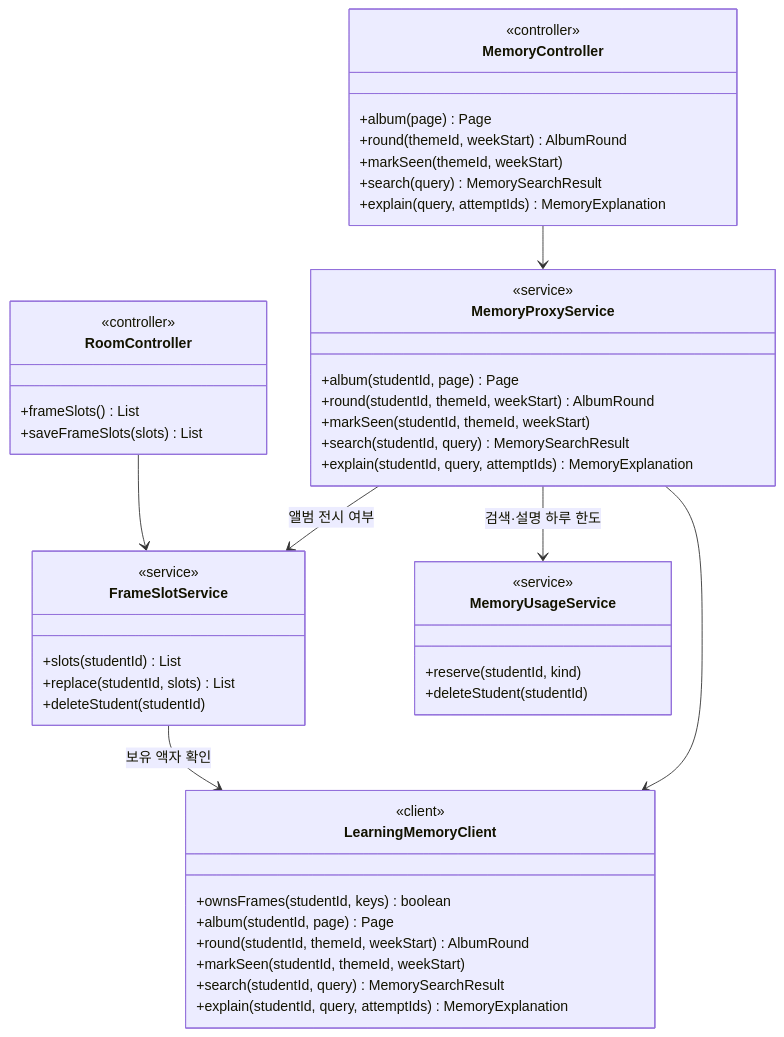
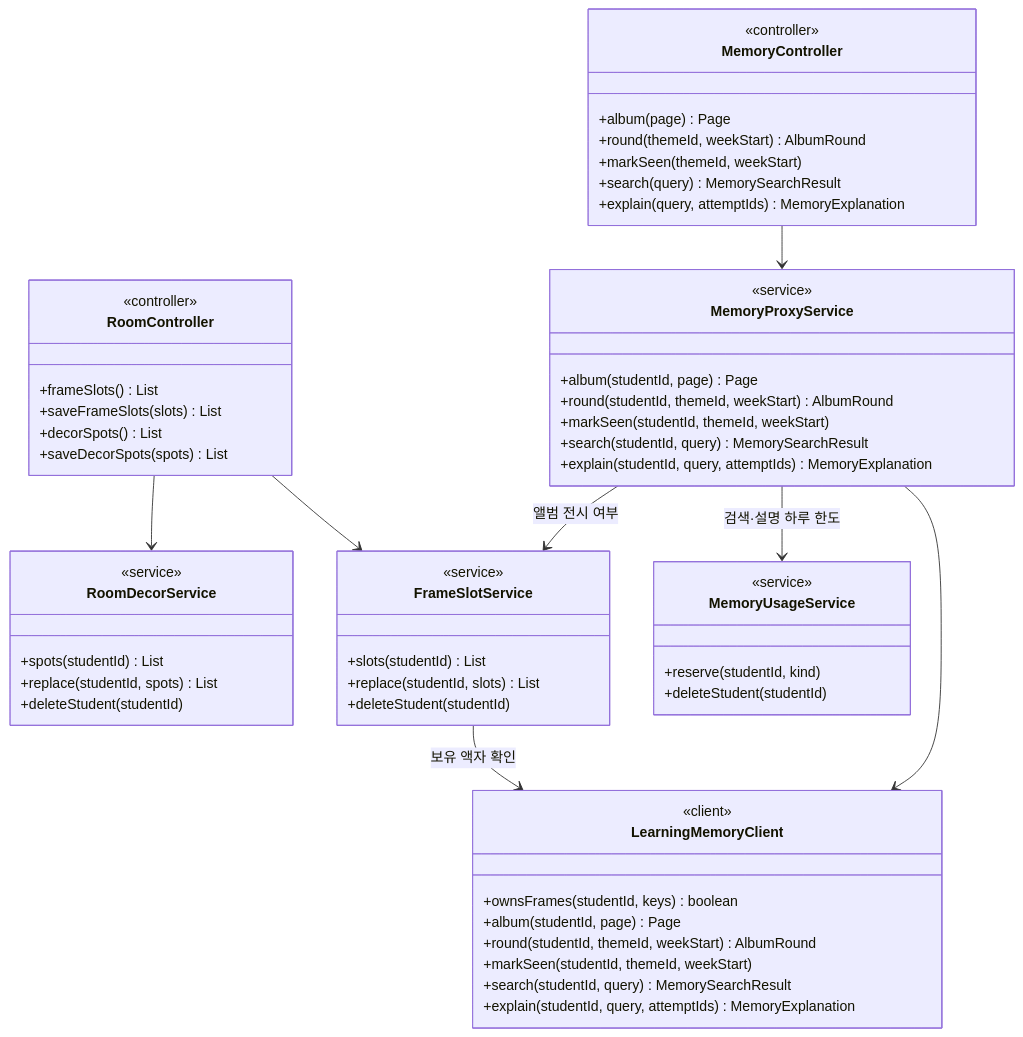
The ninth of 23 diagrams in docs/design/class-diagram.md (SKNETWORKS-FAMILY-AICAMP/SKN34-FINAL-3TEAM), drawn with Mermaid before and after one commit. The commit also changed other lines of this file and 23 other files, not shown here.

````diff
--- a/docs/design/class-diagram.md
+++ b/docs/design/class-diagram.md
@@ -1432,52 +1435,61 @@
 ```mermaid
 classDiagram
   direction TB
   class RoomController {
     <<controller>>
     +frameSlots() List
     +saveFrameSlots(slots) List
+    +decorSpots() List
+    +saveDecorSpots(spots) List
+  }
+  class RoomDecorService {
+    <<service>>
+    +spots(studentId) List
+    +replace(studentId, spots) List
+    +deleteStudent(studentId)
   }
   class MemoryController {
     <<controller>>
     +album(page) Page
     +round(themeId, weekStart) AlbumRound
     +markSeen(themeId, weekStart)
     +search(query) MemorySearchResult
     +explain(query, attemptIds) MemoryExplanation
   }
   class FrameSlotService {
     <<service>>
     +slots(studentId) List
     +replace(studentId, slots) List
     +deleteStudent(studentId)
   }
   class MemoryUsageService {
     <<service>>
     +reserve(studentId, kind)
     +deleteStudent(studentId)
   }
   class MemoryProxyService {
     <<service>>
     +album(studentId, page) Page
     +round(studentId, themeId, weekStart) AlbumRound
     +markSeen(studentId, themeId, weekStart)
     +search(studentId, query) MemorySearchResult
     +explain(studentId, query, attemptIds) MemoryExplanation
   }
   class LearningMemoryClient {
     <<client>>
     +ownsFrames(studentId, keys) boolean
     +album(studentId, page) Page
     +round(studentId, themeId, weekStart) AlbumRound
     +markSeen(studentId, themeId, weekStart)
     +search(studentId, query) MemorySearchResult
     +explain(studentId, query, attemptIds) MemoryExplanation
   }
 
   RoomController --> FrameSlotService
+  RoomController --> RoomDecorService
   MemoryController --> MemoryProxyService
   FrameSlotService --> LearningMemoryClient : 보유 액자 확인
   MemoryProxyService --> MemoryUsageService : 검색·설명 하루 한도
   MemoryProxyService --> FrameSlotService : 앨범 전시 여부
   MemoryProxyService --> LearningMemoryClient
 ```
````
